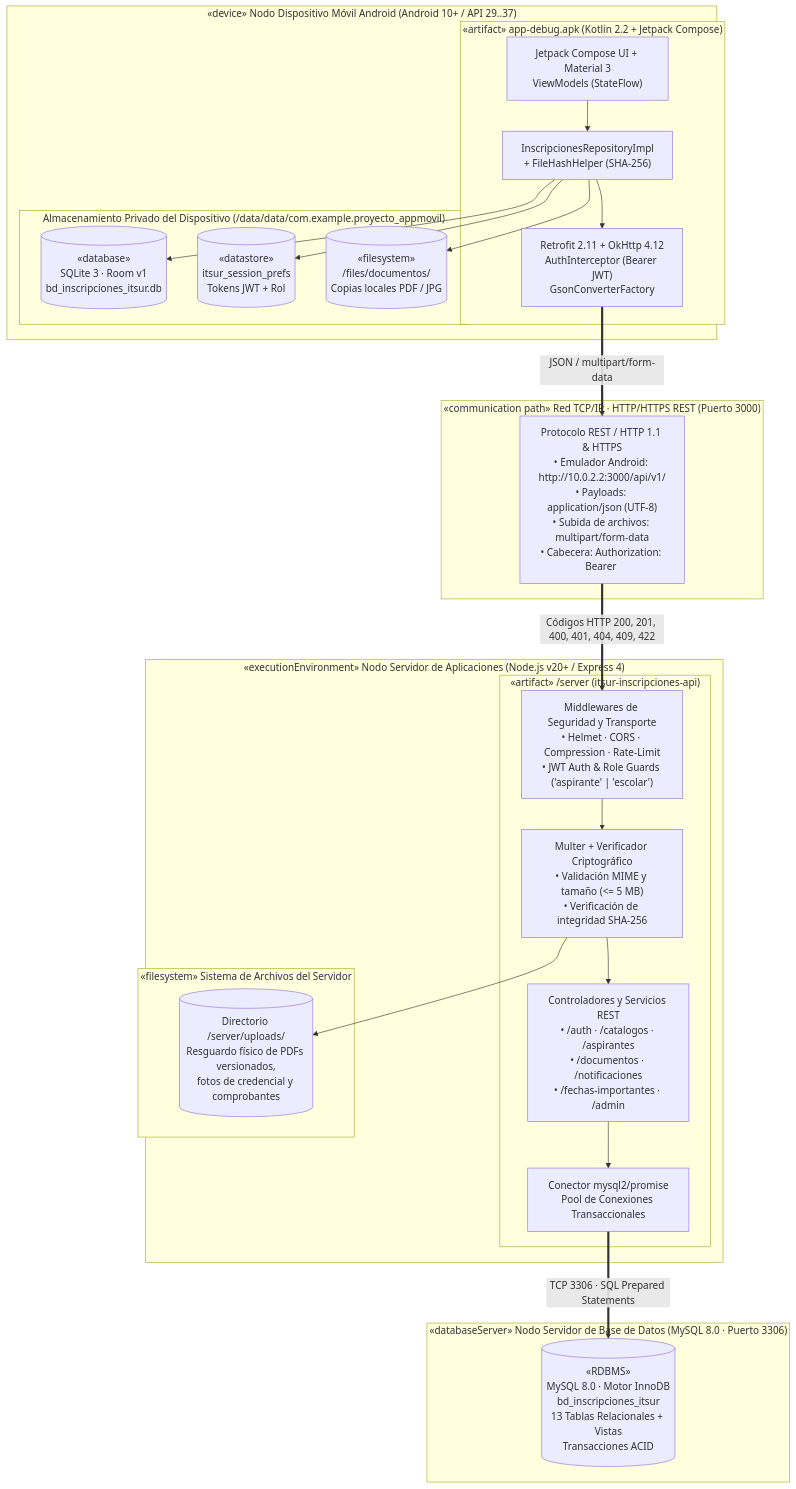
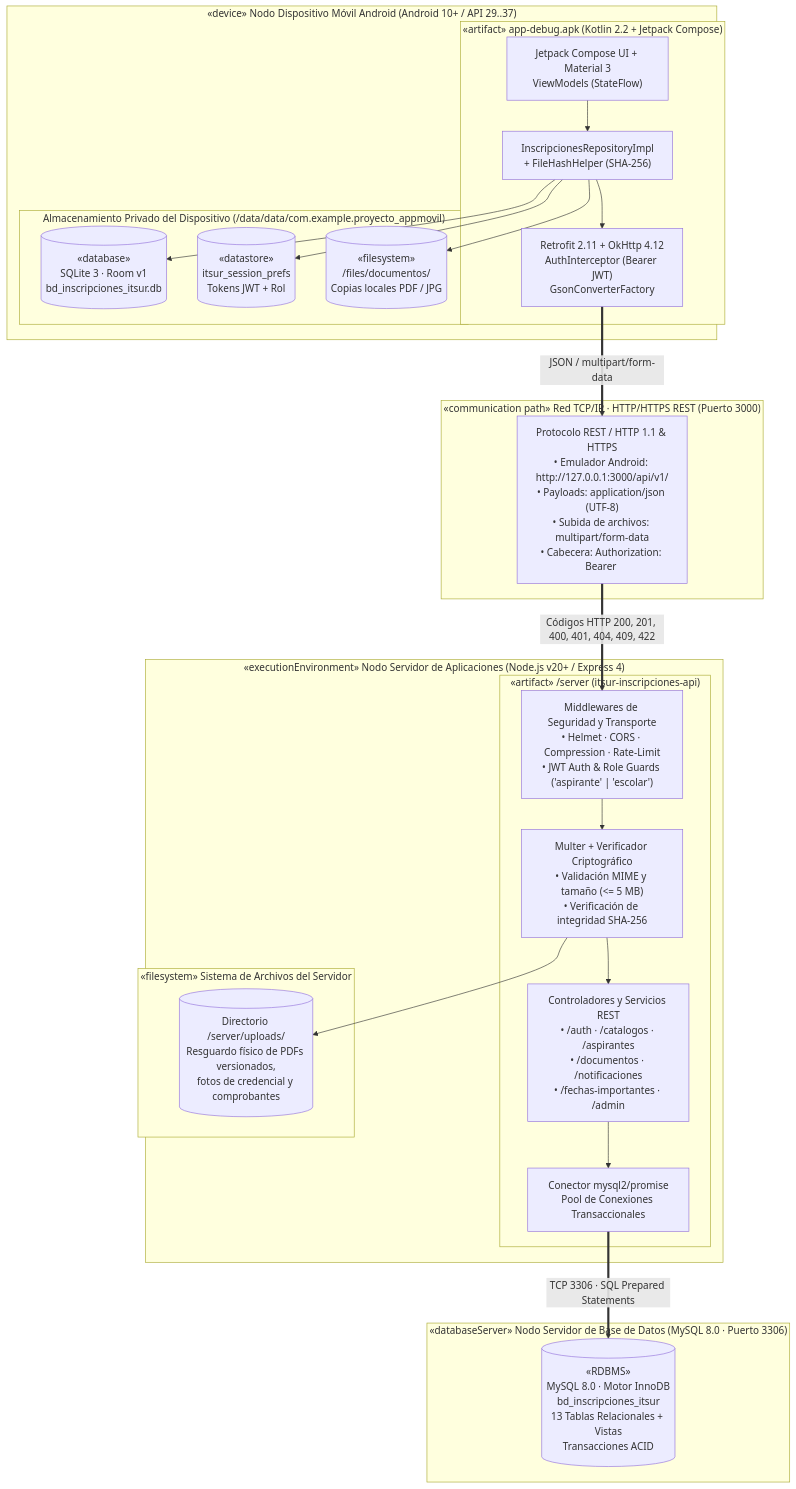
The diagram in docs/04_diagrama_uml_despliegue.md (alanfon078/Proyecto_AppMovil), drawn with Mermaid before and after one commit. The commit also changed other lines of this file and 1664 other files, not shown here.

````diff
--- a/docs/04_diagrama_uml_despliegue.md
+++ b/docs/04_diagrama_uml_despliegue.md
@@ -10,52 +10,52 @@
 ```mermaid
 flowchart TB
     subgraph NODE_CLIENT["«device» Nodo Dispositivo Móvil Android (Android 10+ / API 29..37)"]
         subgraph ART_APK["«artifact» app-debug.apk (Kotlin 2.2 + Jetpack Compose)"]
             UI_LAYER["Jetpack Compose UI + Material 3\nViewModels (StateFlow)"]
             REPO_CLIENT["InscripcionesRepositoryImpl\n+ FileHashHelper (SHA-256)"]
             RETROFIT_NET["Retrofit 2.11 + OkHttp 4.12\nAuthInterceptor (Bearer JWT)\nGsonConverterFactory"]
         end
 
         subgraph LOCAL_STORAGE["Almacenamiento Privado del Dispositivo (/data/data/com.example.proyecto_appmovil)"]
             SQLITE_DB[("«database»\nSQLite 3 · Room v1\nbd_inscripciones_itsur.db")]
             PREFS_DS[("«datastore»\nitsur_session_prefs\nTokens JWT + Rol")]
             INTERNAL_FILES[("«filesystem»\n/files/documentos/\nCopias locales PDF / JPG")]
         end
 
         UI_LAYER --> REPO_CLIENT
         REPO_CLIENT --> RETROFIT_NET
         REPO_CLIENT --> SQLITE_DB
         REPO_CLIENT --> PREFS_DS
         REPO_CLIENT --> INTERNAL_FILES
     end
 
     subgraph NET_LINK["«communication path» Red TCP/IP · HTTP/HTTPS REST (Puerto 3000)"]
-        PROTOCOL["Protocolo REST / HTTP 1.1 & HTTPS\n• Emulador Android: http://10.0.2.2:3000/api/v1/\n• Payloads: application/json (UTF-8)\n• Subida de archivos: multipart/form-data\n• Cabecera: Authorization: Bearer <JWT>"]
+        PROTOCOL["Protocolo REST / HTTP 1.1 & HTTPS\n• Emulador Android: http://127.0.0.1:3000/api/v1/\n• Payloads: application/json (UTF-8)\n• Subida de archivos: multipart/form-data\n• Cabecera: Authorization: Bearer <JWT>"]
     end
 
     subgraph NODE_SERVER["«executionEnvironment» Nodo Servidor de Aplicaciones (Node.js v20+ / Express 4)"]
         subgraph ART_SERVER["«artifact» /server (itsur-inscripciones-api)"]
             SEC_MW["Middlewares de Seguridad y Transporte\n• Helmet · CORS · Compression · Rate-Limit\n• JWT Auth & Role Guards ('aspirante' | 'escolar')"]
             MULTER_SVC["Multer + Verificador Criptográfico\n• Validación MIME y tamaño (<= 5 MB)\n• Verificación de integridad SHA-256"]
             CONTROLLERS["Controladores y Servicios REST\n• /auth · /catalogos · /aspirantes\n• /documentos · /notificaciones\n• /fechas-importantes · /admin"]
             MYSQL_POOL["Conector mysql2/promise\nPool de Conexiones Transaccionales"]
         end
 
         subgraph SERVER_FS["«filesystem» Sistema de Archivos del Servidor"]
             UPLOADS_DIR[("Directorio /server/uploads/\nResguardo físico de PDFs versionados,\nfotos de credencial y comprobantes")]
         end
 
         SEC_MW --> MULTER_SVC
         MULTER_SVC --> CONTROLLERS
         MULTER_SVC --> UPLOADS_DIR
         CONTROLLERS --> MYSQL_POOL
     end
 
     subgraph NODE_DB["«databaseServer» Nodo Servidor de Base de Datos (MySQL 8.0 · Puerto 3306)"]
         MYSQL_ENGINE[("«RDBMS»\nMySQL 8.0 · Motor InnoDB\nbd_inscripciones_itsur\n13 Tablas Relacionales + Vistas\nTransacciones ACID")]
     end
 
     RETROFIT_NET == "JSON / multipart/form-data" ==> PROTOCOL
     PROTOCOL == "Códigos HTTP 200, 201, 400, 401, 404, 409, 422" ==> SEC_MW
     MYSQL_POOL == "TCP 3306 · SQL Prepared Statements" ==> MYSQL_ENGINE
 ```
````
